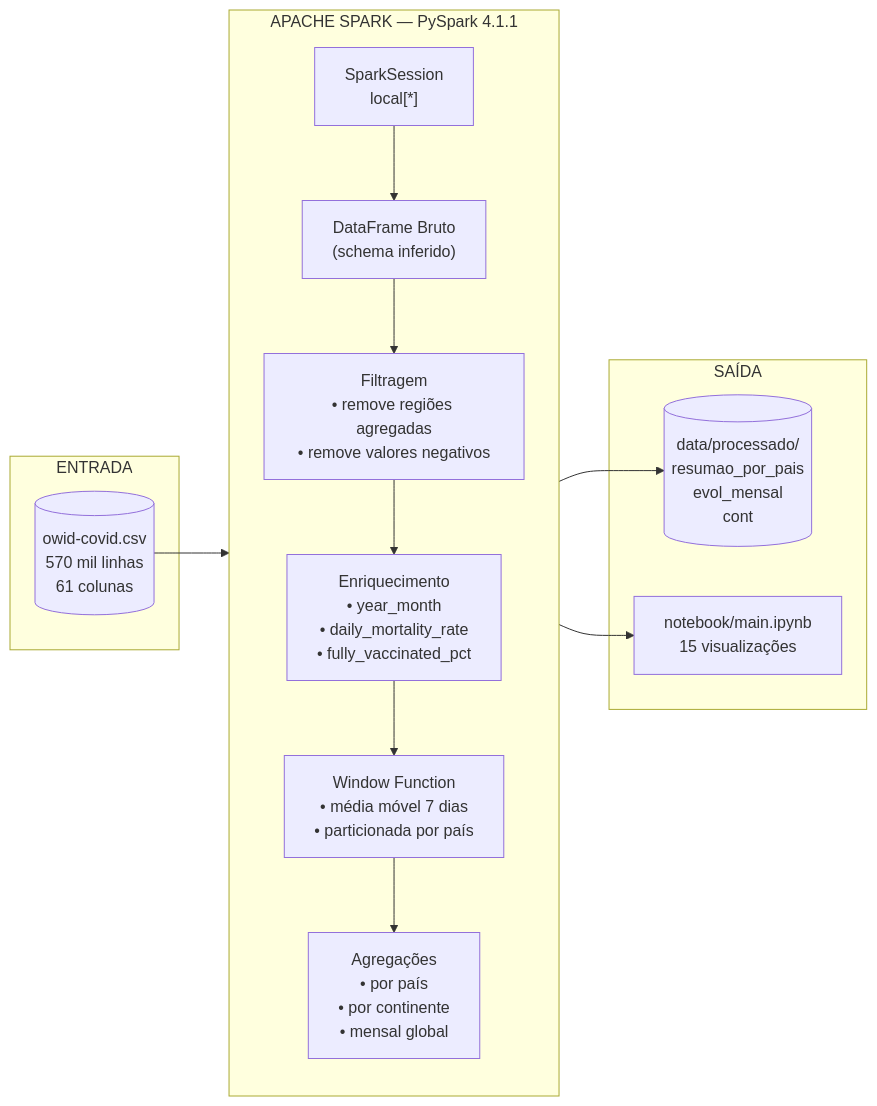
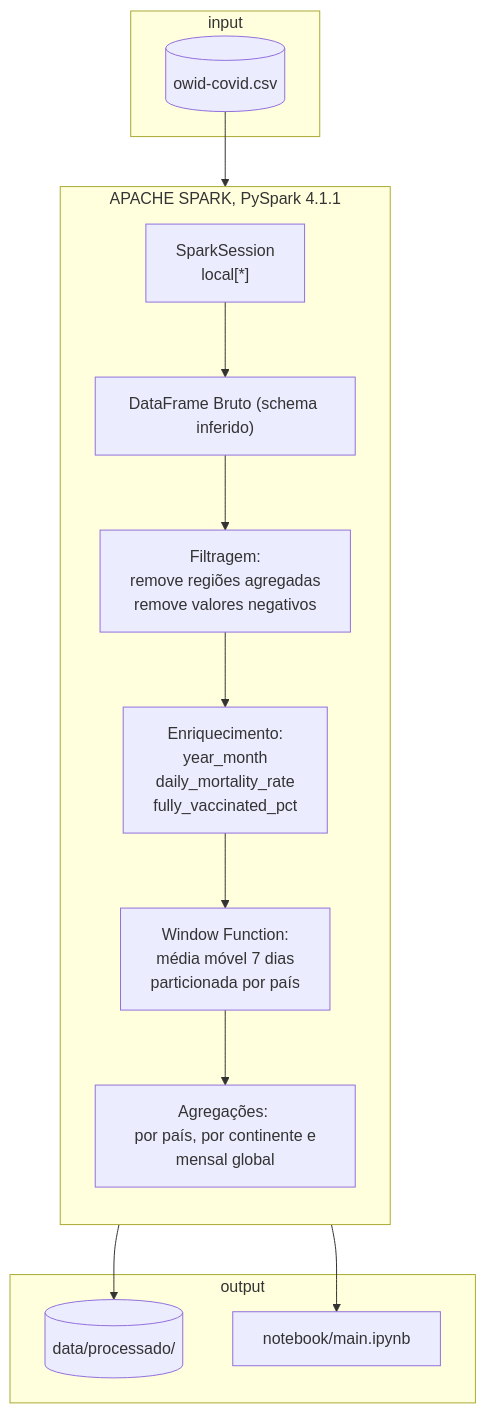
Before and after one commit to isabelacarone/eda-covid19: the first of 12 diagrams in DOCUMENTACAO.md, drawn with Mermaid. The commit also changed other lines of this file and 2 other files, not shown here.

````diff
--- a/DOCUMENTACAO.md
+++ b/DOCUMENTACAO.md
@@ -42,26 +27,26 @@
 ```mermaid
-flowchart LR
+flowchart 
 
-    subgraph ENTRADA["ENTRADA"]
-        A[("owid-covid.csv\n570 mil linhas\n61 colunas")]
+    subgraph ENTRADA["input"]
+        A[("owid-covid.csv")]
     end
 
-    subgraph SPARK["APACHE SPARK — PySpark 4.1.1"]
+    subgraph SPARK["APACHE SPARK, PySpark 4.1.1"]
         direction TB
         B["SparkSession\nlocal[*]"]
-        C["DataFrame Bruto\n(schema inferido)"]
-        D["Filtragem\n• remove regiões agregadas\n• remove valores negativos"]
-        E["Enriquecimento\n• year_month\n• daily_mortality_rate\n• fully_vaccinated_pct"]
-        F["Window Function\n• média móvel 7 dias\n• particionada por país"]
-        G["Agregações\n• por país\n• por continente\n• mensal global"]
+        C["DataFrame Bruto (schema inferido)"]
+        D["Filtragem: <br> remove regiões agregadas <br> remove valores negativos"]
+        E["Enriquecimento: <br> year_month <br> daily_mortality_rate <br> fully_vaccinated_pct"]
+        F["Window Function: <br> média móvel 7 dias <br> particionada por país"]
+        G["Agregações: <br> por país, por continente e mensal global"]
     end
 
-    subgraph SAIDA["SAÍDA"]
-        H[("data/processado/\nresumao_por_pais\nevol_mensal\ncont")]
-        I["notebook/main.ipynb\n15 visualizações"]
+    subgraph SAIDA["output"]
+        H[("data/processado/")]
+        I["notebook/main.ipynb"]
     end
 
     A --> B --> C --> D --> E --> F --> G
     G --> H
     G --> I
 ```
````
